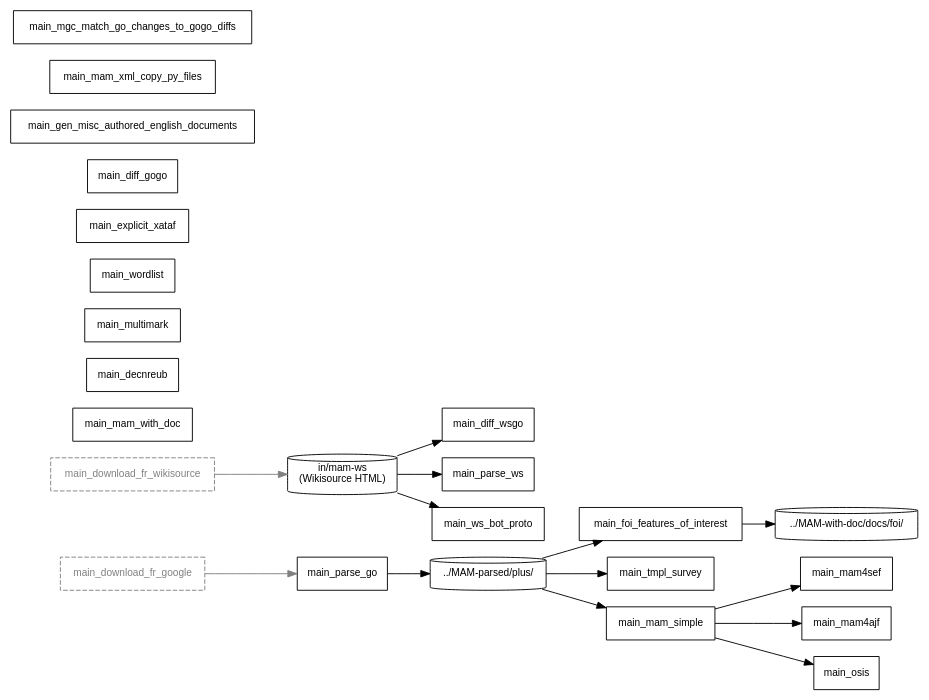
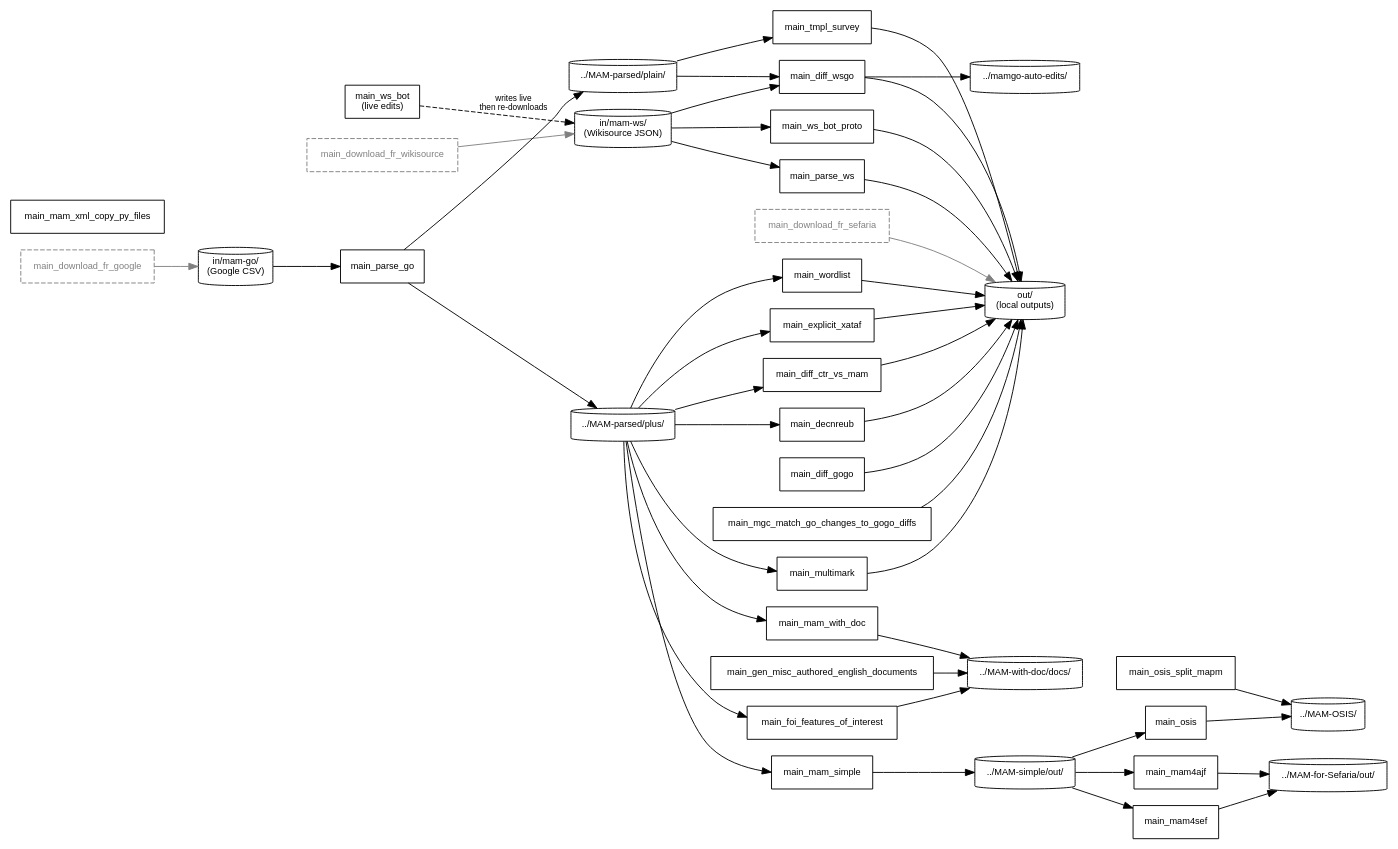
One commit to bdenckla/MAM-basics changed the diagram in pipeline.dot. Above: the diagram before and after it, drawn with Graphviz. The commit also changed 3 other files, not shown here.

First line of the commit message:
Fix two more bugs found in code review; expand pipeline diagram

```diff
--- a/pipeline.dot
+++ b/pipeline.dot
@@ -1,57 +1,108 @@
 digraph mam_pipeline {
     rankdir=LR;
-    node [fontname="Helvetica", fontsize=11];
+    node [fontname="Helvetica", fontsize=10];
     edge [fontname="Helvetica", fontsize=9];
 
     // ── Data stores ──
     node [shape=cylinder];
-    ds_go    [label="../MAM-parsed/plus/"];
-    ds_ws    [label="in/mam-ws\n(Wikisource HTML)"];
-    ds_fodoc [label="../MAM-with-doc/docs/foi/"];
+    ds_go_csv    [label="in/mam-go/\n(Google CSV)"];
+    ds_parsed_plus  [label="../MAM-parsed/plus/"];
+    ds_parsed_plain [label="../MAM-parsed/plain/"];
+    ds_ws        [label="in/mam-ws/\n(Wikisource JSON)"];
+    ds_simple    [label="../MAM-simple/out/"];
+    ds_with_doc  [label="../MAM-with-doc/docs/"];
+    ds_sefaria   [label="../MAM-for-Sefaria/out/"];
+    ds_osis      [label="../MAM-OSIS/"];
+    ds_out       [label="out/\n(local outputs)"];
+    ds_mamgo_auto [label="../mamgo-auto-edits/"];
 
     // ── External prerequisites (not part of _STEPS) ──
     node [shape=box, style=dashed, color=gray, fontcolor=gray];
     download_go  [label="main_download_fr_google"];
     download_ws  [label="main_download_fr_wikisource"];
+    download_sef [label="main_download_fr_sefaria"];
 
     // ── Pipeline steps ──
     node [shape=box, style="", color="", fontcolor=""];
-
-    // steps with no ordering constraints
-    mam_with_doc [label="main_mam_with_doc"];
-    decnreub     [label="main_decnreub"];
-    multimark    [label="main_multimark"];
-    wordlist     [label="main_wordlist"];
-    explicit_xataf [label="main_explicit_xataf"];
-    diff_gogo    [label="main_diff_gogo"];
-    gen_docs     [label="main_gen_misc_authored_english_documents"];
-    mam_xml_copy [label="main_mam_xml_copy_py_files"];
-    mgc          [label="main_mgc_match_go_changes_to_gogo_diffs"];
-
-    // steps with ordering constraints
     parse_go     [label="main_parse_go"];
     foi          [label="main_foi_features_of_interest"];
+    mam_with_doc [label="main_mam_with_doc"];
     tmpl_survey  [label="main_tmpl_survey"];
     mam_simple   [label="main_mam_simple"];
     mam4sef      [label="main_mam4sef"];
     mam4ajf      [label="main_mam4ajf"];
     osis         [label="main_osis"];
+    decnreub     [label="main_decnreub"];
+    multimark    [label="main_multimark"];
+    wordlist     [label="main_wordlist"];
+    explicit_xataf [label="main_explicit_xataf"];
     diff_wsgo    [label="main_diff_wsgo"];
+    diff_gogo    [label="main_diff_gogo"];
+    diff_ctr     [label="main_diff_ctr_vs_mam"];
     parse_ws     [label="main_parse_ws"];
     ws_bot_proto [label="main_ws_bot_proto"];
+    ws_bot       [label="main_ws_bot\n(live edits)"];
+    gen_docs     [label="main_gen_misc_authored_english_documents"];
+    mam_xml_copy [label="main_mam_xml_copy_py_files"];
+    mgc          [label="main_mgc_match_go_changes_to_gogo_diffs"];
+    osis_split   [label="main_osis_split_mapm"];
 
-    // ── Edges: data-store flows (confirmed by reading code) ──
-    download_go  -> parse_go    [color=gray];
-    parse_go     -> ds_go;
-    ds_go        -> foi;
-    foi          -> ds_fodoc;
-    ds_go        -> tmpl_survey;
-    ds_go        -> mam_simple;
-    mam_simple   -> mam4sef;
-    mam_simple   -> mam4ajf;
-    mam_simple   -> osis;
+    // ── Edges ──
+
+    // Google pipeline
+    download_go  -> ds_go_csv   [color=gray];
+    ds_go_csv    -> parse_go;
+    parse_go     -> ds_parsed_plus;
+    parse_go     -> ds_parsed_plain;
+
+    // MAM-parsed consumers
+    ds_parsed_plus  -> foi;
+    ds_parsed_plus  -> mam_with_doc;
+    ds_parsed_plus  -> mam_simple;
+    ds_parsed_plus  -> decnreub;
+    ds_parsed_plus  -> multimark;
+    ds_parsed_plus  -> wordlist;
+    ds_parsed_plus  -> explicit_xataf;
+    ds_parsed_plus  -> diff_ctr;
+    ds_parsed_plain -> tmpl_survey;
+    ds_parsed_plain -> diff_wsgo;
+
+    // MAM-with-doc outputs
+    foi          -> ds_with_doc;
+    mam_with_doc -> ds_with_doc;
+    gen_docs     -> ds_with_doc;
+
+    // MAM-simple pipeline
+    mam_simple   -> ds_simple;
+    ds_simple    -> mam4sef;
+    ds_simple    -> mam4ajf;
+    ds_simple    -> osis;
+    mam4sef      -> ds_sefaria;
+    mam4ajf      -> ds_sefaria;
+    osis         -> ds_osis;
+    osis_split   -> ds_osis;
+
+    // Local out/ outputs
+    tmpl_survey  -> ds_out;
+    decnreub     -> ds_out;
+    multimark    -> ds_out;
+    wordlist     -> ds_out;
+    explicit_xataf -> ds_out;
+    diff_wsgo    -> ds_out;
+    diff_wsgo    -> ds_mamgo_auto;
+    diff_gogo    -> ds_out;
+    diff_ctr     -> ds_out;
+    parse_ws     -> ds_out;
+    ws_bot_proto -> ds_out;
+    mgc          -> ds_out;
+
+    // Wikisource pipeline
     download_ws  -> ds_ws       [color=gray];
     ds_ws        -> diff_wsgo;
     ds_ws        -> parse_ws;
     ds_ws        -> ws_bot_proto;
+    ws_bot       -> ds_ws       [style=dashed, label="writes live\nthen re-downloads"];
+
+    // Sefaria download (standalone)
+    download_sef -> ds_out      [color=gray];
 }
```
